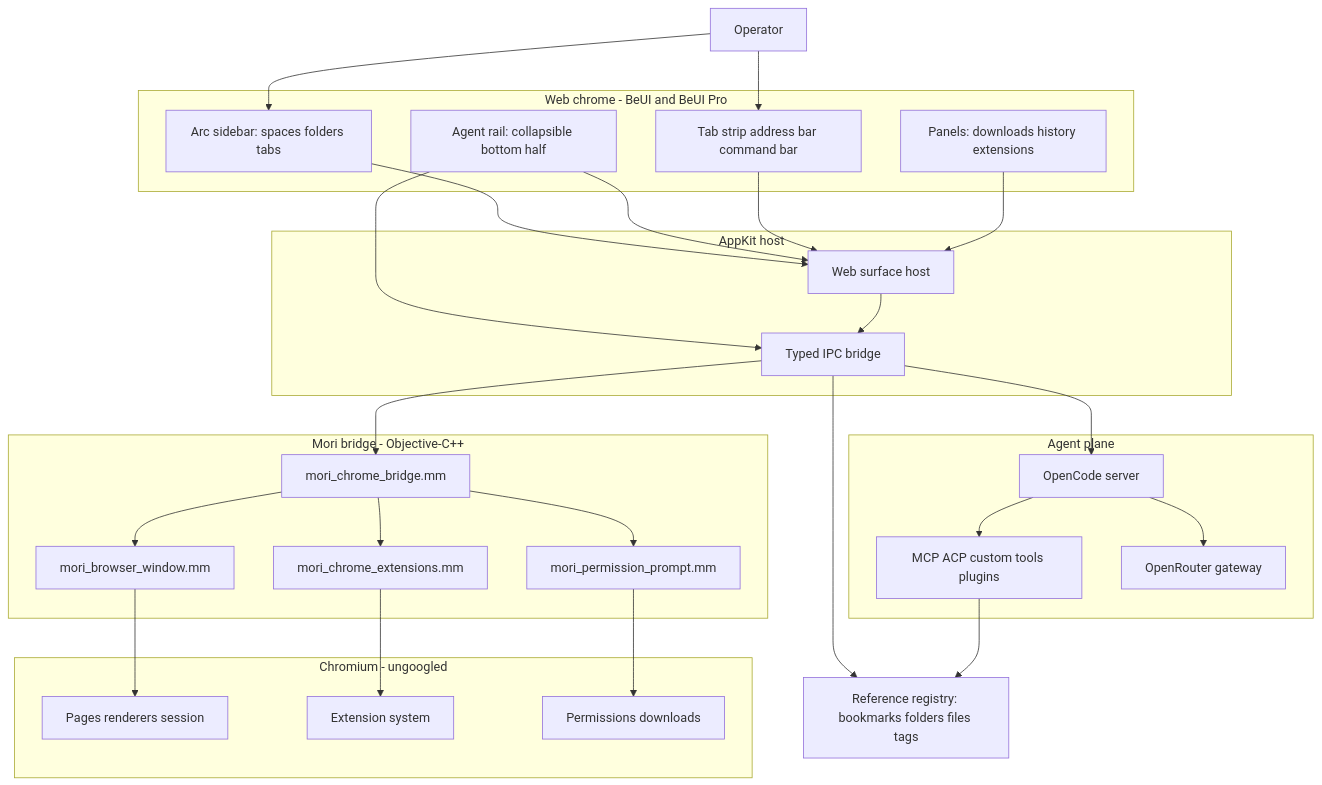
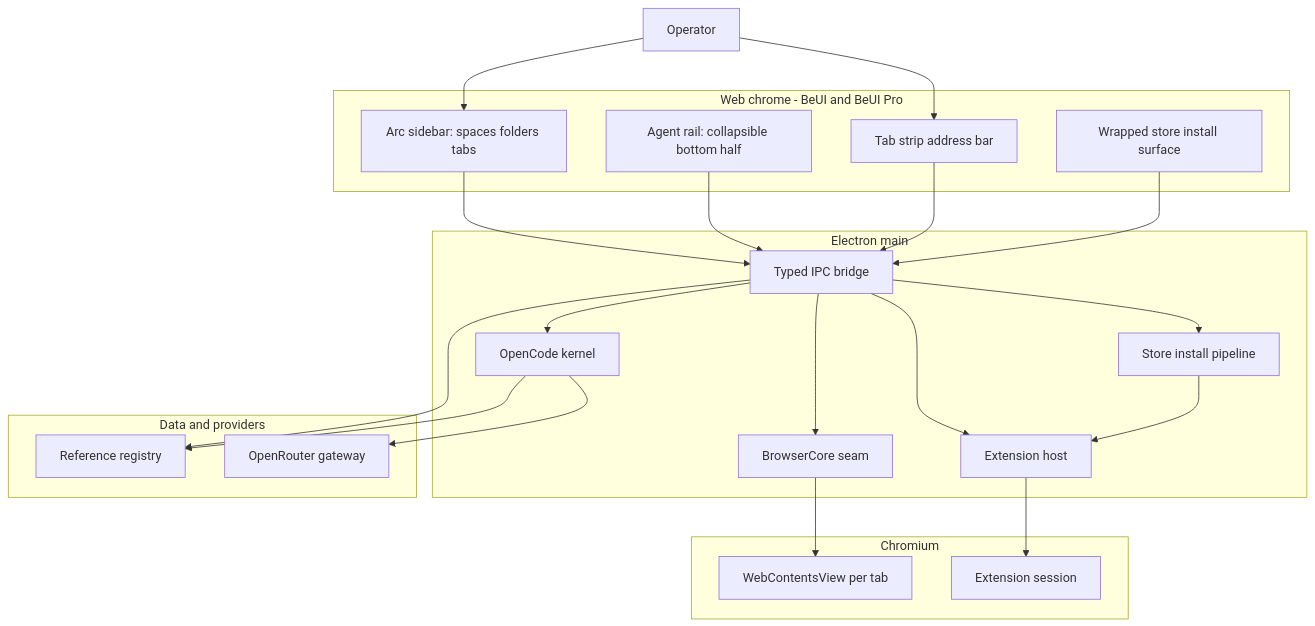
One commit to nicharacci/zenmium changed the diagram in docs/zenmium/ARCHITECTURE.md. Above: the diagram before and after it, drawn with Mermaid. The commit also changed other lines of this file and 130 other files, not shown here.

Commit message:
feat(zenmium): Electron app, spec, and CI; drop the Mori source build

````diff
--- a/docs/zenmium/ARCHITECTURE.md
+++ b/docs/zenmium/ARCHITECTURE.md
@@ -7,55 +7,46 @@
 ```mermaid
 flowchart TD
     operator[Operator]
 
     subgraph chrome[Web chrome - BeUI and BeUI Pro]
         sidebar[Arc sidebar: spaces folders tabs]
         rail[Agent rail: collapsible bottom half]
-        strip[Tab strip address bar command bar]
-        panels[Panels: downloads history extensions]
+        strip[Tab strip address bar]
+        store[Wrapped store install surface]
     end
 
-    subgraph host[AppKit host]
-        webview[Web surface host]
+    subgraph main[Electron main]
         ipc[Typed IPC bridge]
+        core[BrowserCore seam]
+        ext[Extension host]
+        install[Store install pipeline]
+        agent[OpenCode kernel]
     end
 
-    subgraph mori[Mori bridge - Objective-C++]
-        mcb[mori_chrome_bridge.mm]
-        mbw[mori_browser_window.mm]
-        mext[mori_chrome_extensions.mm]
-        mperm[mori_permission_prompt.mm]
+    subgraph engine[Chromium]
+        views[WebContentsView per tab]
+        exts[Extension session]
     end
 
-    subgraph engine[Chromium - ungoogled]
-        pages[Pages renderers session]
-        exts[Extension system]
-        perms[Permissions downloads]
+    subgraph data[Data and providers]
+        refs[Reference registry]
+        gateway[OpenRouter gateway]
     end
-
-    subgraph agent[Agent plane]
-        rail --> ipc
-        ipc --> ocs[OpenCode server]
-        ocs --> tools[MCP ACP custom tools plugins]
-        ocs --> gateway[OpenRouter gateway]
-    end
-
-    refs[Reference registry: bookmarks folders files tags]
 
     operator --> sidebar
     operator --> strip
-    sidebar --> webview
-    rail --> webview
-    strip --> webview
-    panels --> webview
-    webview --> ipc
-    ipc --> mcb
-    mcb --> mbw
-    mcb --> mext
-    mcb --> mperm
-    mbw --> pages
-    mext --> exts
-    mperm --> perms
+    sidebar --> ipc
+    rail --> ipc
+    strip --> ipc
+    store --> ipc
+    ipc --> core
+    ipc --> ext
+    ipc --> install
+    ipc --> agent
+    core --> views
+    ext --> exts
+    install --> ext
     ipc --> refs
-    tools --> refs
+    agent --> refs
+    agent --> gateway
 ```
````
